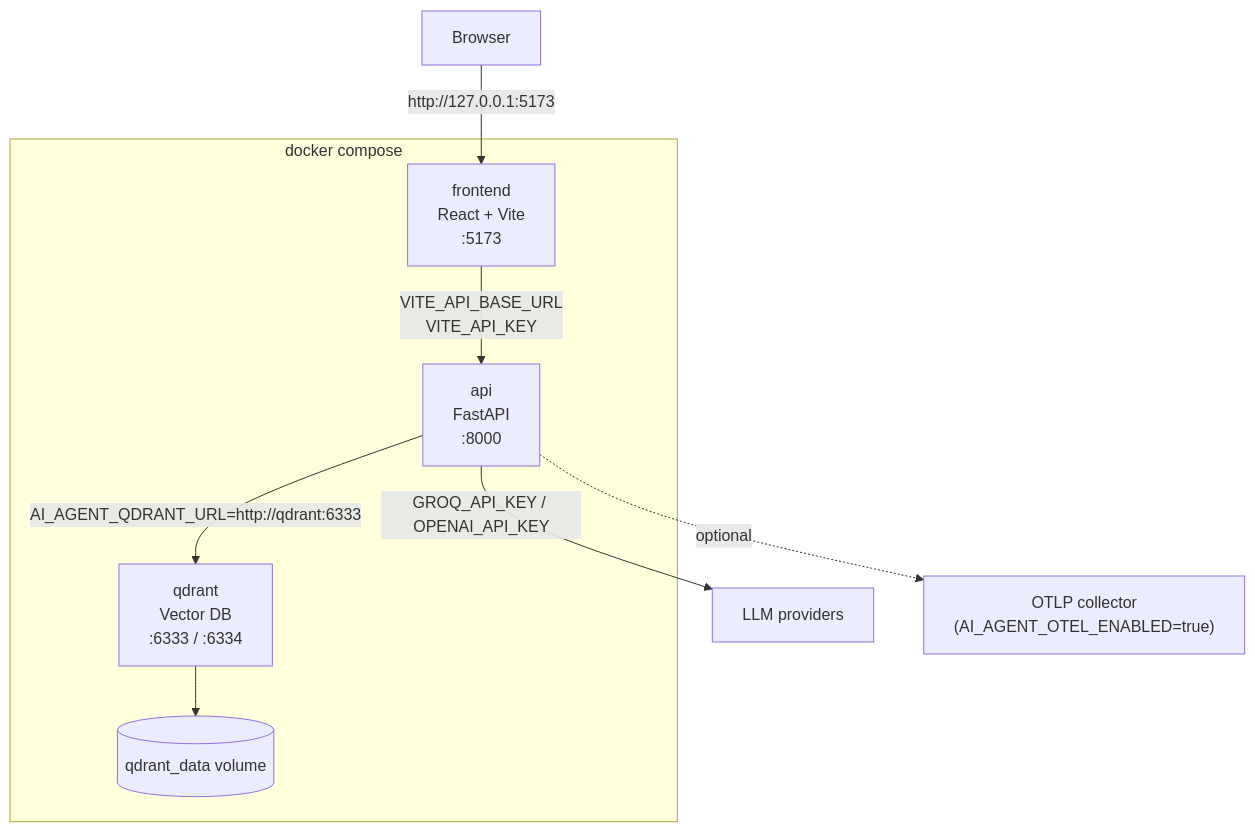
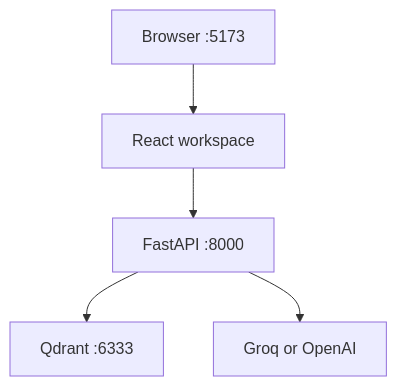
The fourth of 4 diagrams in docs/architecture-diagrams.md (Anup-Chaurasiya/Resolve-AI---AI-Support-Operations-Platform-), drawn with Mermaid before and after one commit. The commit also changed other lines of this file and 48 other files, not shown here.

````diff
--- a/docs/architecture-diagrams.md
+++ b/docs/architecture-diagrams.md
@@ -161,16 +57,7 @@
 ```mermaid
 flowchart TB
-    subgraph Compose["docker compose"]
-        Frontend["frontend\nReact + Vite\n:5173"]
-        API["api\nFastAPI\n:8000"]
-        Qdrant["qdrant\nVector DB\n:6333 / :6334"]
-        Volume[("qdrant_data volume")]
-    end
-
-    Browser["Browser"] -->|"http://127.0.0.1:5173"| Frontend
-    Frontend -->|"VITE_API_BASE_URL\nVITE_API_KEY"| API
-    API -->|"AI_AGENT_QDRANT_URL=http://qdrant:6333"| Qdrant
-    Qdrant --> Volume
-    API -->|"GROQ_API_KEY / OPENAI_API_KEY"| Providers["LLM providers"]
-    API -.optional.-> OTEL["OTLP collector\n(AI_AGENT_OTEL_ENABLED=true)"]
+    Browser["Browser :5173"] --> Frontend["React workspace"]
+    Frontend --> API["FastAPI :8000"]
+    API --> Qdrant["Qdrant :6333"]
+    API --> Provider["Groq or OpenAI"]
 ```
````
